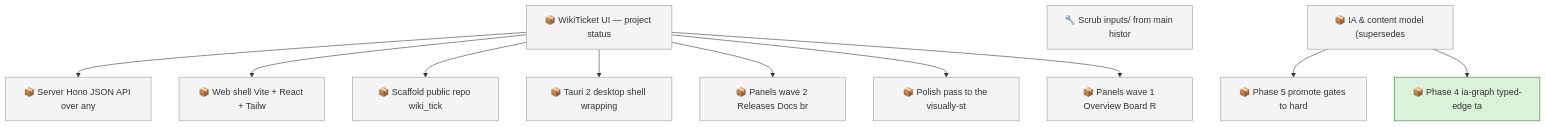
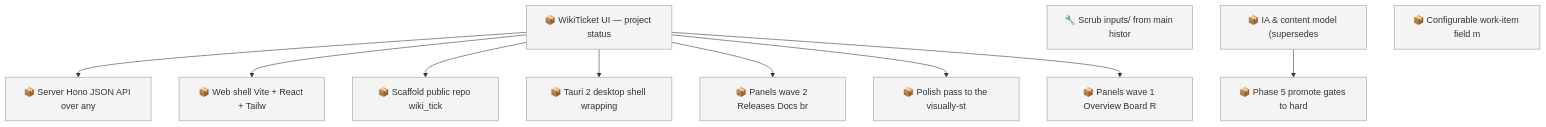
Before and after one commit to SpillwaveSolutions/wiki_ticket_sdd: the first of 2 diagrams in docs/roadmap.md, drawn with Mermaid. The commit also changed other lines of this file and 24 other files, not shown here.

First line of the commit message:
feat(ia): Phase 4 — traceability graph, link-pr, trace-check, rich tickets (item 01KY5G9ZW0Z6)

````diff
--- a/docs/roadmap.md
+++ b/docs/roadmap.md
@@ -69,28 +70,25 @@
 ```mermaid
 graph TD
     01KY111BC71KJGNH55CB2DWMKN["📦 Server Hono JSON API over any"]
     01KY111BC7B70C7M2RF1E57G17["📦 Web shell Vite + React + Tailw"]
     01KY111BC7NJ4BE7JBDK2P6Y56["📦 Scaffold public repo wiki_tick"]
     01KY111BC7PABV8W6SDNVQACSN["📦 WikiTicket UI — project status"]
     01KY111BC842N3J7Y7H85NHSEG["📦 Tauri 2 desktop shell wrapping"]
     01KY111BC88FS6QD49JADZ9CJ5["📦 Panels wave 2 Releases Docs br"]
     01KY111BC8F9BH0T3TERYEFC3C["📦 Polish pass to the visually-st"]
     01KY111BC8QJAS9KH7N368N6RF["📦 Panels wave 1 Overview Board R"]
     01KY2KHHF43KAZ54F57BQW71TD["🔧 Scrub inputs/ from main histor"]
     01KY5G9ZW0H2YMNWDFJYGRPYE5["📦 IA & content model (supersedes"]
     01KY5G9ZW0RABXWHEMEP1FAV2G["📦 Phase 5 promote gates to hard"]
-    01KY5G9ZW0Z6JFMVTAFC54RM36["📦 Phase 4 ia-graph typed-edge ta"]
+    01KY5NE0ZYGBWG44N0KPEBFCZ8["📦 Configurable work-item field m"]
     01KY111BC7PABV8W6SDNVQACSN --> 01KY111BC71KJGNH55CB2DWMKN
     01KY111BC7PABV8W6SDNVQACSN --> 01KY111BC7B70C7M2RF1E57G17
     01KY111BC7PABV8W6SDNVQACSN --> 01KY111BC7NJ4BE7JBDK2P6Y56
     01KY111BC7PABV8W6SDNVQACSN --> 01KY111BC842N3J7Y7H85NHSEG
     01KY111BC7PABV8W6SDNVQACSN --> 01KY111BC88FS6QD49JADZ9CJ5
     01KY111BC7PABV8W6SDNVQACSN --> 01KY111BC8F9BH0T3TERYEFC3C
     01KY111BC7PABV8W6SDNVQACSN --> 01KY111BC8QJAS9KH7N368N6RF
     01KY5G9ZW0H2YMNWDFJYGRPYE5 --> 01KY5G9ZW0RABXWHEMEP1FAV2G
-    01KY5G9ZW0H2YMNWDFJYGRPYE5 --> 01KY5G9ZW0Z6JFMVTAFC54RM36
     classDef todo fill:#f4f4f4,stroke:#999999
-    class 01KY111BC71KJGNH55CB2DWMKN,01KY111BC7B70C7M2RF1E57G17,01KY111BC7NJ4BE7JBDK2P6Y56,01KY111BC7PABV8W6SDNVQACSN,01KY111BC842N3J7Y7H85NHSEG,01KY111BC88FS6QD49JADZ9CJ5,01KY111BC8F9BH0T3TERYEFC3C,01KY111BC8QJAS9KH7N368N6RF,01KY2KHHF43KAZ54F57BQW71TD,01KY5G9ZW0H2YMNWDFJYGRPYE5,01KY5G9ZW0RABXWHEMEP1FAV2G todo
-    classDef in_progress fill:#d9f2d9,stroke:#2e7d32
-    class 01KY5G9ZW0Z6JFMVTAFC54RM36 in_progress
+    class 01KY111BC71KJGNH55CB2DWMKN,01KY111BC7B70C7M2RF1E57G17,01KY111BC7NJ4BE7JBDK2P6Y56,01KY111BC7PABV8W6SDNVQACSN,01KY111BC842N3J7Y7H85NHSEG,01KY111BC88FS6QD49JADZ9CJ5,01KY111BC8F9BH0T3TERYEFC3C,01KY111BC8QJAS9KH7N368N6RF,01KY2KHHF43KAZ54F57BQW71TD,01KY5G9ZW0H2YMNWDFJYGRPYE5,01KY5G9ZW0RABXWHEMEP1FAV2G,01KY5NE0ZYGBWG44N0KPEBFCZ8 todo
 ```
````
